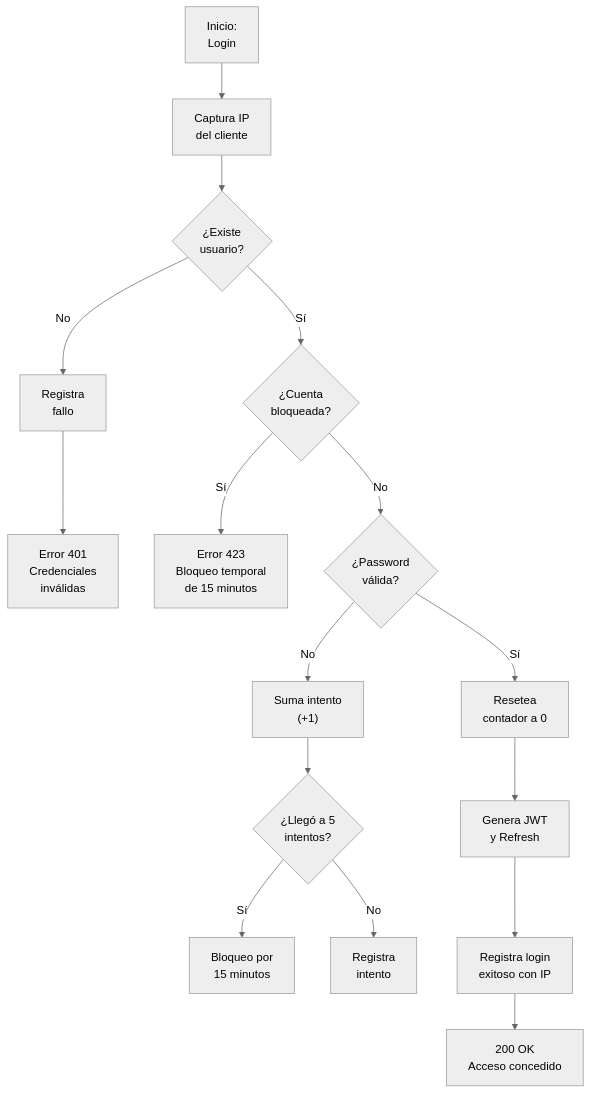
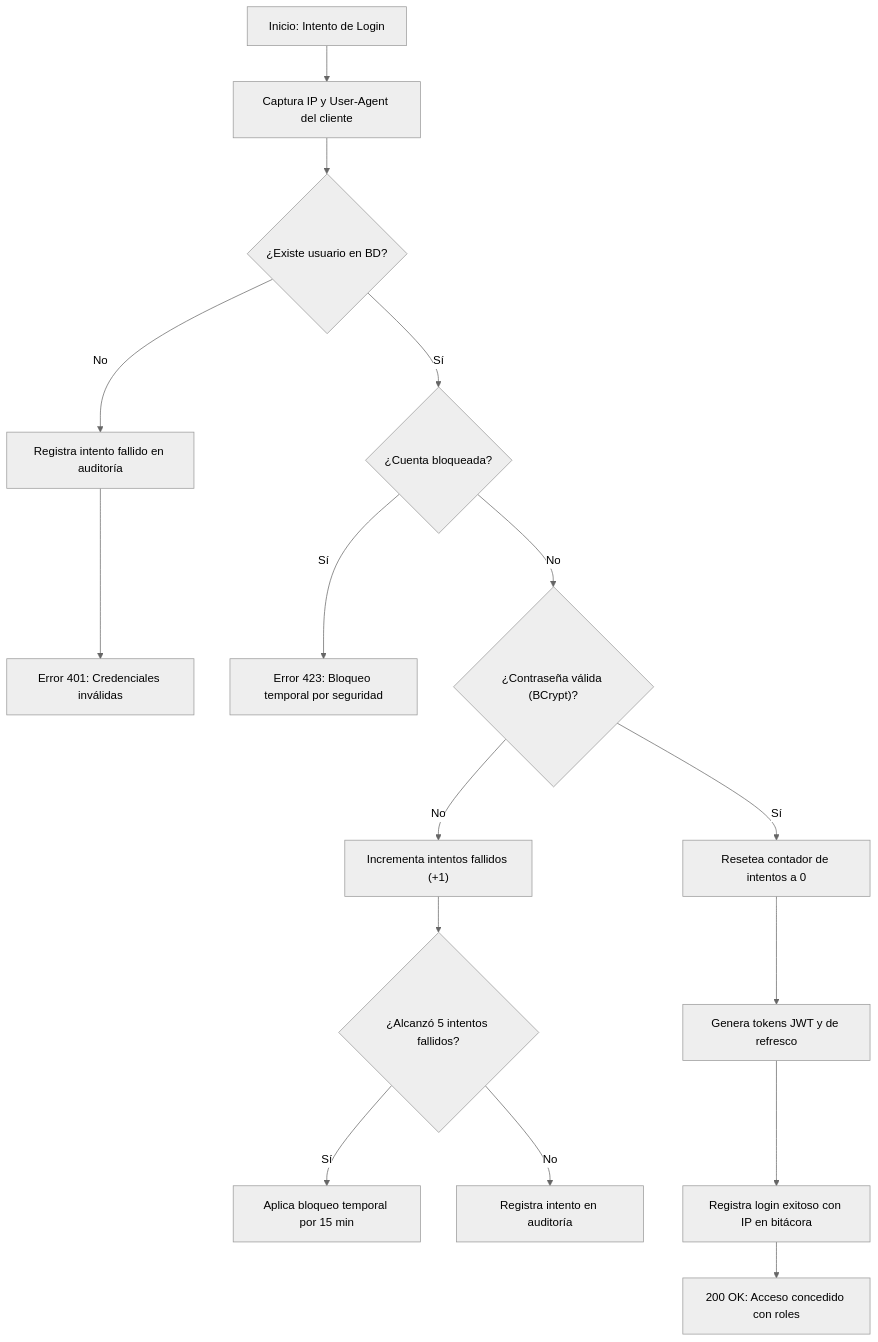
Before and after one commit to MrCarlos17A/TechZone: the fifth of 6 diagrams in README.md, drawn with Mermaid (neutral theme). The commit also changed other lines of this file, not shown here.

````diff
--- a/README.md
+++ b/README.md
@@ -165,21 +221,21 @@
 ```mermaid
 flowchart TD
-    START["Inicio:<br/>Login"] --> CAPTURA["Captura IP<br/>del cliente"]
-    CAPTURA --> BUSCA{"¿Existe<br/>usuario?"}
+    START["Inicio: Intento de Login"] --> CAPTURA["Captura IP y User-Agent del cliente"]
+    CAPTURA --> BUSCA{"¿Existe usuario en BD?"}
     
-    BUSCA -- No --> LOG_FAIL1["Registra<br/>fallo"] --> RET_401["Error 401<br/>Credenciales<br/>inválidas"]
+    BUSCA -- No --> LOG_FAIL1["Registra intento fallido en auditoría"] --> RET_401["Error 401: Credenciales inválidas"]
     
-    BUSCA -- Sí --> CHECK_LOCK{"¿Cuenta<br/>bloqueada?"}
-    CHECK_LOCK -- Sí --> RET_423["Error 423<br/>Bloqueo temporal<br/>de 15 minutos"]
+    BUSCA -- Sí --> CHECK_LOCK{"¿Cuenta bloqueada?"}
+    CHECK_LOCK -- Sí --> RET_423["Error 423: Bloqueo temporal por seguridad"]
     
-    CHECK_LOCK -- No --> PASS{"¿Password<br/>válida?"}
-    PASS -- No --> INC_FAIL["Suma intento<br/>(+1)"]
-    INC_FAIL --> REACH_LIMIT{"¿Llegó a 5<br/>intentos?"}
-    REACH_LIMIT -- Sí --> LOCK_USER["Bloqueo por<br/>15 minutos"]
-    REACH_LIMIT -- No --> LOG_FAIL2["Registra<br/>intento"]
+    CHECK_LOCK -- No --> PASS{"¿Contraseña válida (BCrypt)?"}
+    PASS -- No --> INC_FAIL["Incrementa intentos fallidos (+1)"]
+    INC_FAIL --> REACH_LIMIT{"¿Alcanzó 5 intentos fallidos?"}
+    REACH_LIMIT -- Sí --> LOCK_USER["Aplica bloqueo temporal por 15 min"]
+    REACH_LIMIT -- No --> LOG_FAIL2["Registra intento en auditoría"]
     
-    PASS -- Sí --> RESET["Resetea<br/>contador a 0"]
-    RESET --> GEN_JWT["Genera JWT<br/>y Refresh"]
-    GEN_JWT --> LOG_OK["Registra login<br/>exitoso con IP"]
-    LOG_OK --> SEND_TOKEN["200 OK<br/>Acceso concedido"]
+    PASS -- Sí --> RESET["Resetea contador de intentos a 0"]
+    RESET --> GEN_JWT["Genera tokens JWT y de refresco"]
+    GEN_JWT --> LOG_OK["Registra login exitoso con IP en bitácora"]
+    LOG_OK --> SEND_TOKEN["200 OK: Acceso concedido con roles"]
 ```
````
